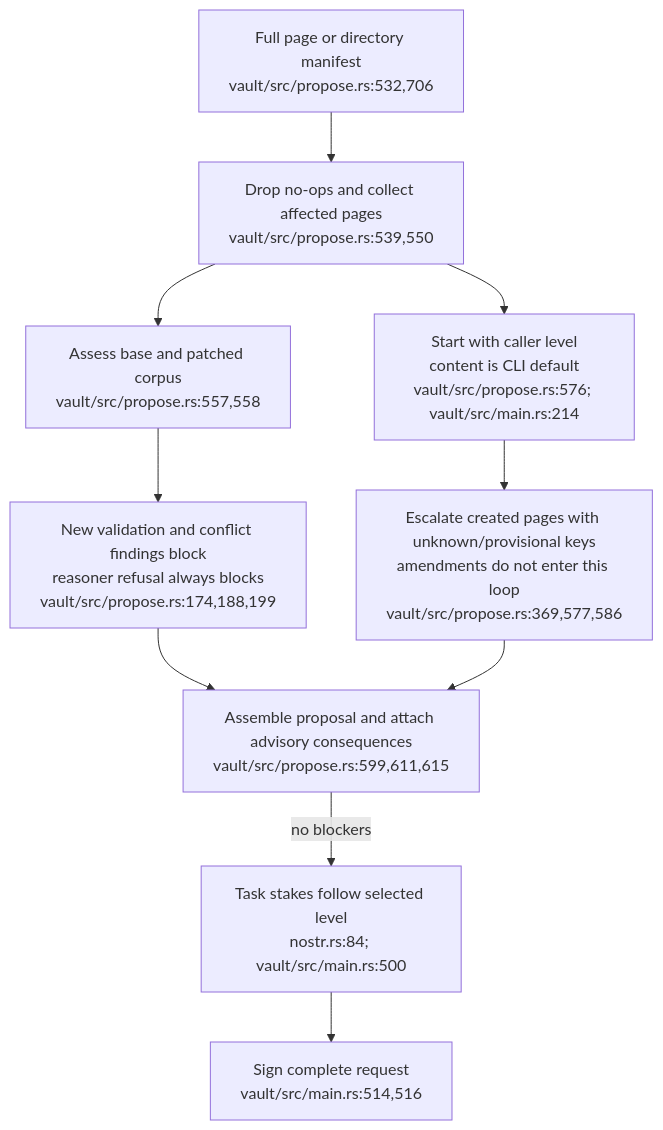
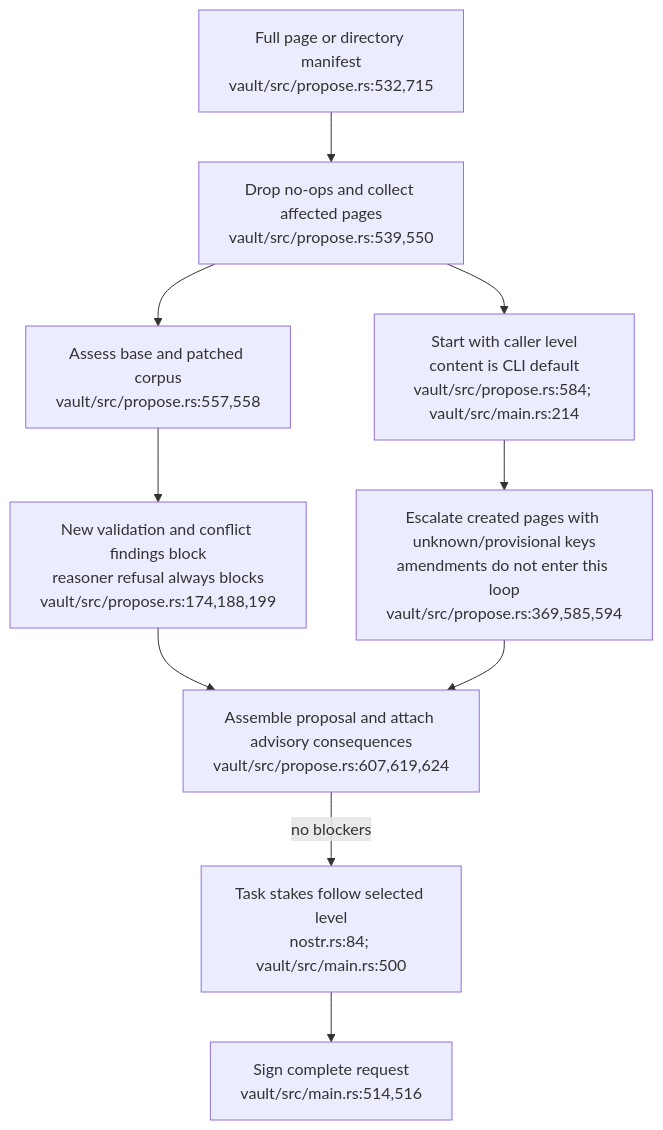
The first of 4 diagrams in docs/diagrams/visionclaw/41-proposal-construction-and-consumer-scope.md (DreamLab-AI/VisionFlow), drawn with Mermaid before and after one commit. The commit also changed other lines of this file and 56 other files, not shown here.

First line of the commit message:
docs(diagrams): re-verify VisionClaw topics at ec785afa9, add VC-19/56/57 and the VisionClaw register

````diff
--- a/docs/diagrams/visionclaw/41-proposal-construction-and-consumer-scope.md
+++ b/docs/diagrams/visionclaw/41-proposal-construction-and-consumer-scope.md
@@ -32,12 +34,12 @@
 ```mermaid
 flowchart TD
-    I["Full page or directory manifest<br/>vault/src/propose.rs:532,706"] --> D["Drop no-ops and collect affected pages<br/>vault/src/propose.rs:539,550"]
+    I["Full page or directory manifest<br/>vault/src/propose.rs:532,715"] --> D["Drop no-ops and collect affected pages<br/>vault/src/propose.rs:539,550"]
     D --> A["Assess base and patched corpus<br/>vault/src/propose.rs:557,558"]
     A --> B["New validation and conflict findings block<br/>reasoner refusal always blocks<br/>vault/src/propose.rs:174,188,199"]
-    D --> L["Start with caller level<br/>content is CLI default<br/>vault/src/propose.rs:576; vault/src/main.rs:214"]
-    L --> C["Escalate created pages with unknown/provisional keys<br/>amendments do not enter this loop<br/>vault/src/propose.rs:369,577,586"]
-    B --> P["Assemble proposal and attach advisory consequences<br/>vault/src/propose.rs:599,611,615"]
+    D --> L["Start with caller level<br/>content is CLI default<br/>vault/src/propose.rs:584; vault/src/main.rs:214"]
+    L --> C["Escalate created pages with unknown/provisional keys<br/>amendments do not enter this loop<br/>vault/src/propose.rs:369,585,594"]
+    B --> P["Assemble proposal and attach advisory consequences<br/>vault/src/propose.rs:607,619,624"]
     C --> P
     P -->|no blockers| T["Task stakes follow selected level<br/>nostr.rs:84; vault/src/main.rs:500"]
     T --> S["Sign complete request<br/>vault/src/main.rs:514,516"]
 ```
````
